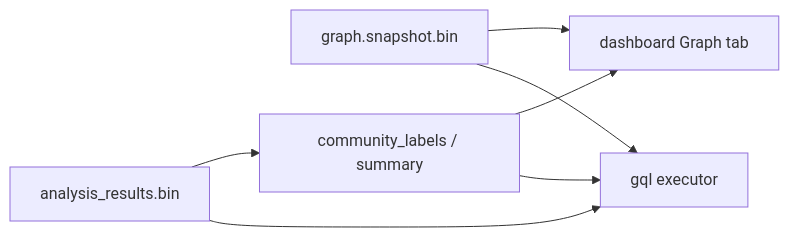
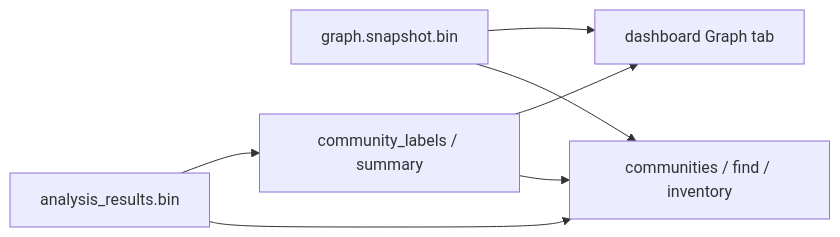
The diagram in docs/design/community-query-and-naming-plan.md (l3acon/rgctl), drawn with Mermaid before and after one commit. The commit also changed other lines of this file and 77 other files, not shown here.

````diff
--- a/docs/design/community-query-and-naming-plan.md
+++ b/docs/design/community-query-and-naming-plan.md
@@ -22,15 +22,15 @@
 ```mermaid
 flowchart LR
   SNAP[graph.snapshot.bin]
   AR[analysis_results.bin]
   LABELS[community_labels / summary]
-  GQL[gql executor]
+  CLI[communities / find / inventory]
   UI[dashboard Graph tab]
 
-  SNAP --> GQL
-  AR --> GQL
-  LABELS --> GQL
+  SNAP --> CLI
+  AR --> CLI
+  LABELS --> CLI
   AR --> LABELS
   LABELS --> UI
   SNAP --> UI
 ```
````
